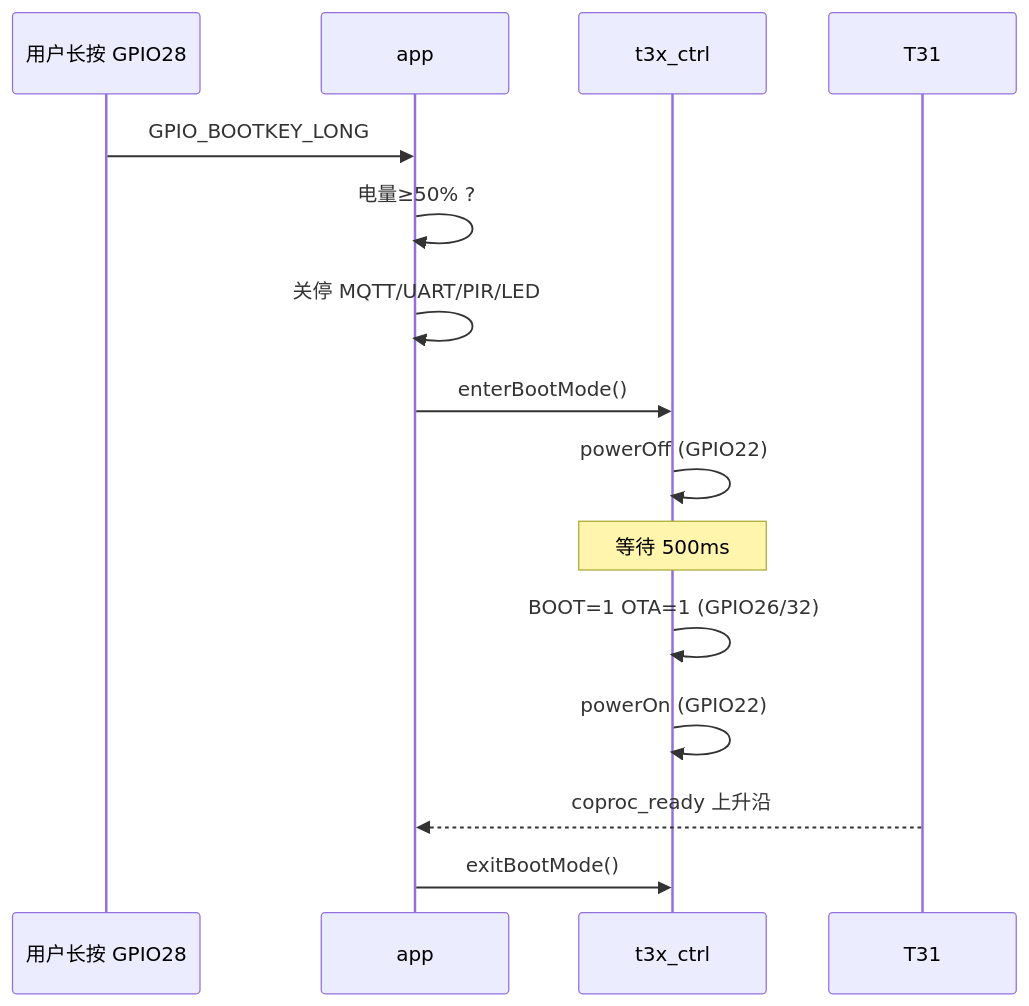
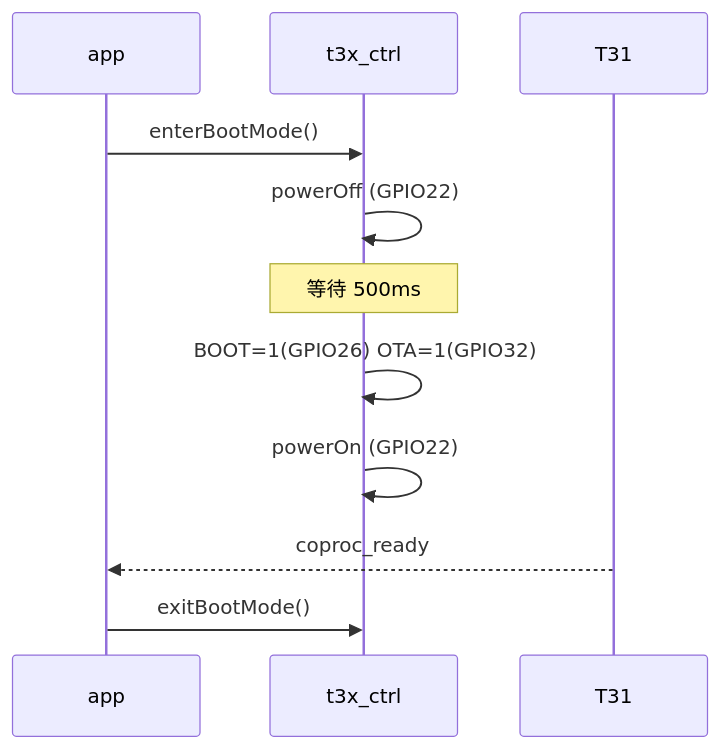
The diagram in doc/T31_BURN_MODE.md (dzr1986/AIR780EHM), drawn with Mermaid before and after one commit. The commit also changed other lines of this file and 29 other files, not shown here.

````diff
--- a/doc/T31_BURN_MODE.md
+++ b/doc/T31_BURN_MODE.md
@@ -69,18 +45,14 @@
 ```mermaid
 sequenceDiagram
-    participant U as 用户长按 GPIO28
     participant A as app
     participant T as t3x_ctrl
     participant M as T31
 
-    U->>A: GPIO_BOOTKEY_LONG
-    A->>A: 电量≥50% ?
-    A->>A: 关停 MQTT/UART/PIR/LED
     A->>T: enterBootMode()
     T->>T: powerOff (GPIO22)
     Note over T: 等待 500ms
-    T->>T: BOOT=1 OTA=1 (GPIO26/32)
+    T->>T: BOOT=1(GPIO26) OTA=1(GPIO32)
     T->>T: powerOn (GPIO22)
-    M-->>A: coproc_ready 上升沿
+    M-->>A: coproc_ready
     A->>T: exitBootMode()
 ```
````
